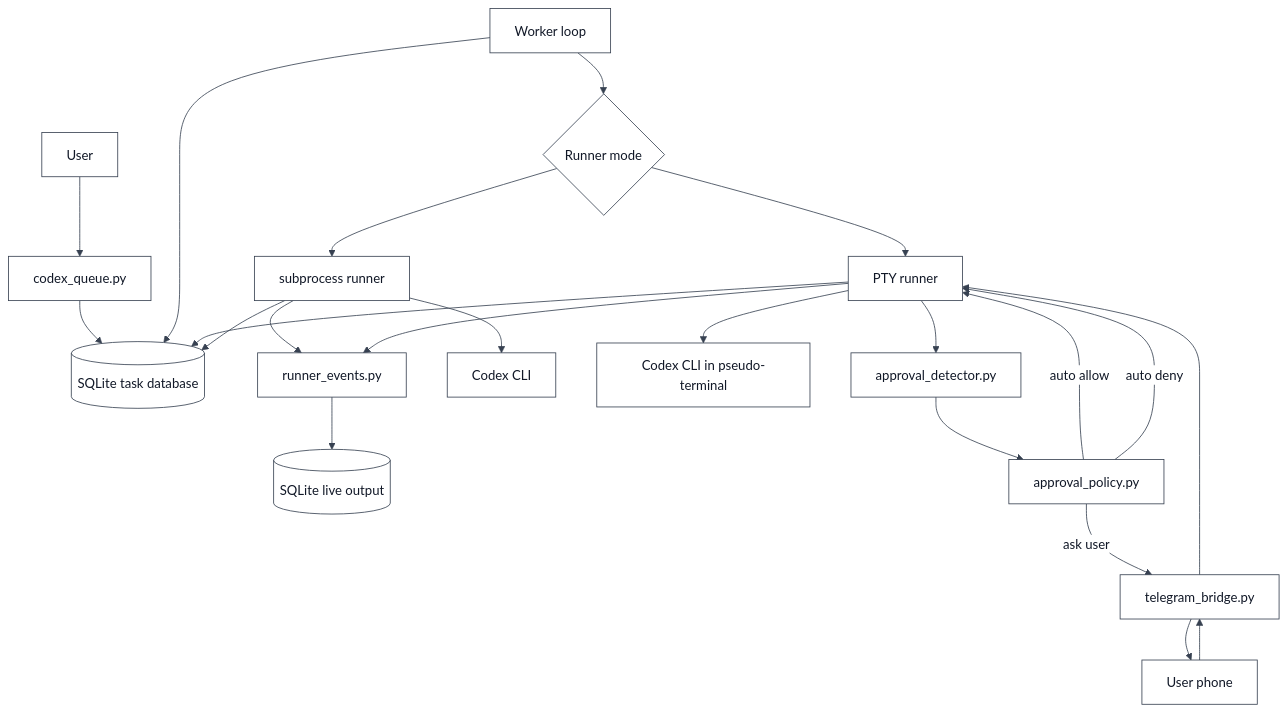
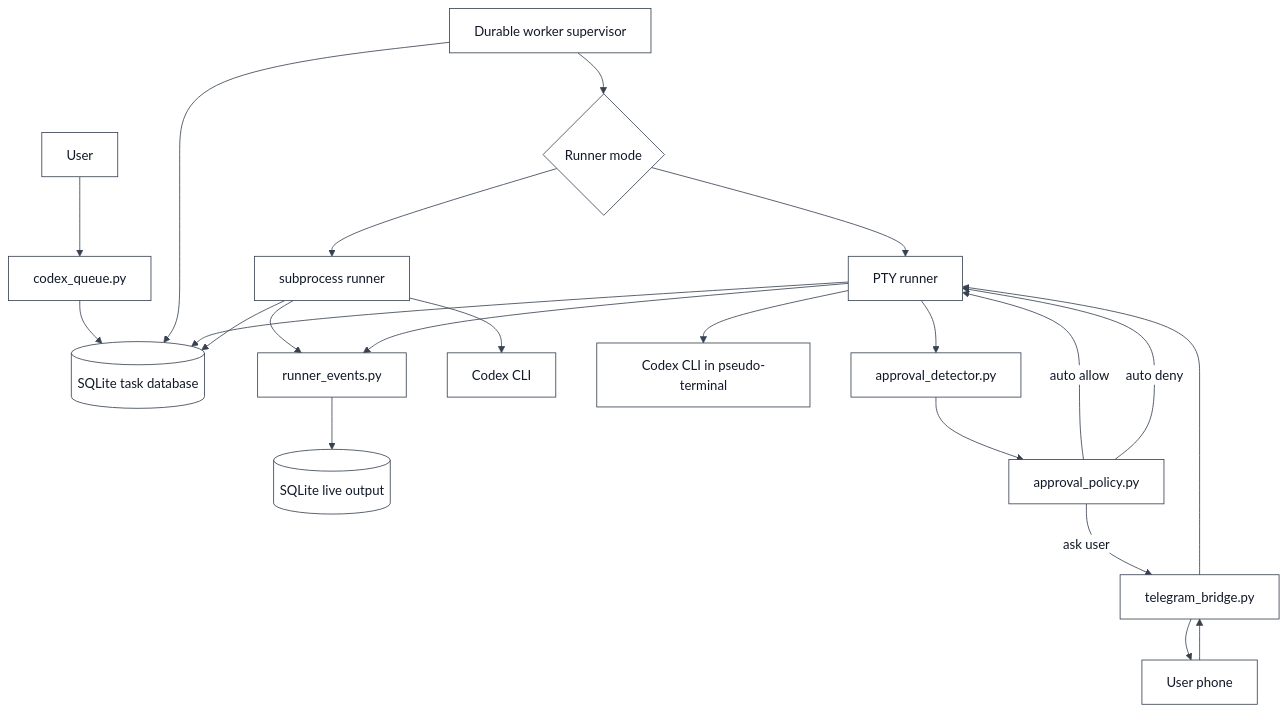
The first of 3 diagrams in README.md (kinderp/durex), drawn with Mermaid before and after one commit. The commit also changed other lines of this file and 12 other files, not shown here.

````diff
--- a/README.md
+++ b/README.md
@@ -51,25 +54,25 @@
 ```mermaid
 %%{init: {"theme": "base", "themeVariables": {"primaryColor": "#ffffff", "primaryTextColor": "#111827", "primaryBorderColor": "#374151", "lineColor": "#374151", "secondaryColor": "#f3f4f6", "tertiaryColor": "#ffffff", "textColor": "#111827", "mainBkg": "#ffffff", "nodeBorder": "#374151", "clusterBkg": "#f9fafb", "clusterBorder": "#9ca3af", "edgeLabelBackground": "#ffffff", "actorBkg": "#ffffff", "actorBorder": "#374151", "actorTextColor": "#111827", "activationBkgColor": "#e5e7eb", "activationBorderColor": "#374151", "signalColor": "#111827", "signalTextColor": "#111827", "noteBkgColor": "#fef3c7", "noteTextColor": "#111827", "noteBorderColor": "#92400e"}}}%%
 flowchart TD
     User[User] --> CLI[codex_queue.py]
     CLI --> DB[(SQLite task database)]
-    Worker[Worker loop] --> DB
+    Worker[Durable worker supervisor] --> DB
     Worker --> Runner{Runner mode}
     Runner --> Subprocess[subprocess runner]
     Runner --> PTY[PTY runner]
     Subprocess --> Events[runner_events.py]
     PTY --> Events
     Events --> Live[(SQLite live output)]
     Subprocess --> CodexA[Codex CLI]
     PTY --> CodexB[Codex CLI in pseudo-terminal]
     PTY --> Detector[approval_detector.py]
     Detector --> Policy[approval_policy.py]
     Policy -->|auto allow| PTY
     Policy -->|auto deny| PTY
     Policy -->|ask user| Telegram[telegram_bridge.py]
     Telegram --> Phone[User phone]
     Phone --> Telegram
     Telegram --> PTY
     PTY --> DB
     Subprocess --> DB
 ```
````
